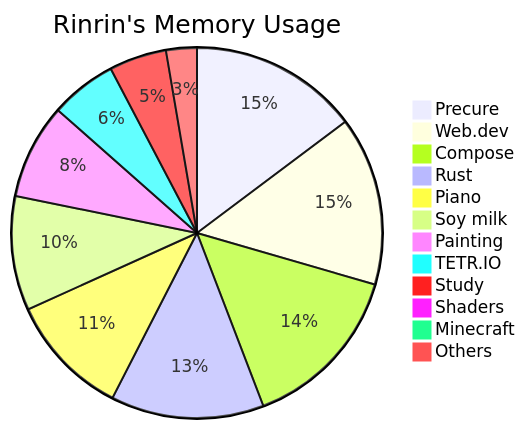
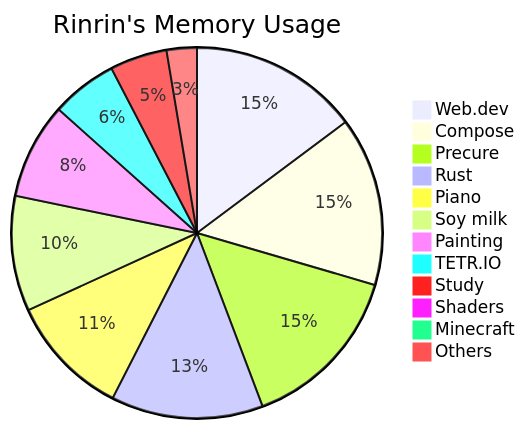
The diagram in README.md (Rinrin0413/Rinrin0413), drawn with Mermaid before and after one commit.

Commit message:
🛠 Update: Rinrin's Memory Usage

````diff
--- a/README.md
+++ b/README.md
@@ -77,15 +77,15 @@
 ```mermaid
 pie title Rinrin's Memory Usage
-    "Precure": 604
-    "Web.dev": 603
-    "Compose": 601
-    "Rust": 547
-    "Piano": 438
-    "Soy milk": 408
-    "Painting": 340
-    "TETR.IO": 237
-    "Study": 205
+    "Web.dev": 605
+    "Compose": 603
+    "Precure": 602
+    "Rust": 543
+    "Piano": 436
+    "Soy milk": 411
+    "Painting": 343
+    "TETR.IO": 236
+    "Study": 204
     "Shaders": 30
     "Minecraft": 30
-    "Others": 110
+    "Others": 108
 ```
````
